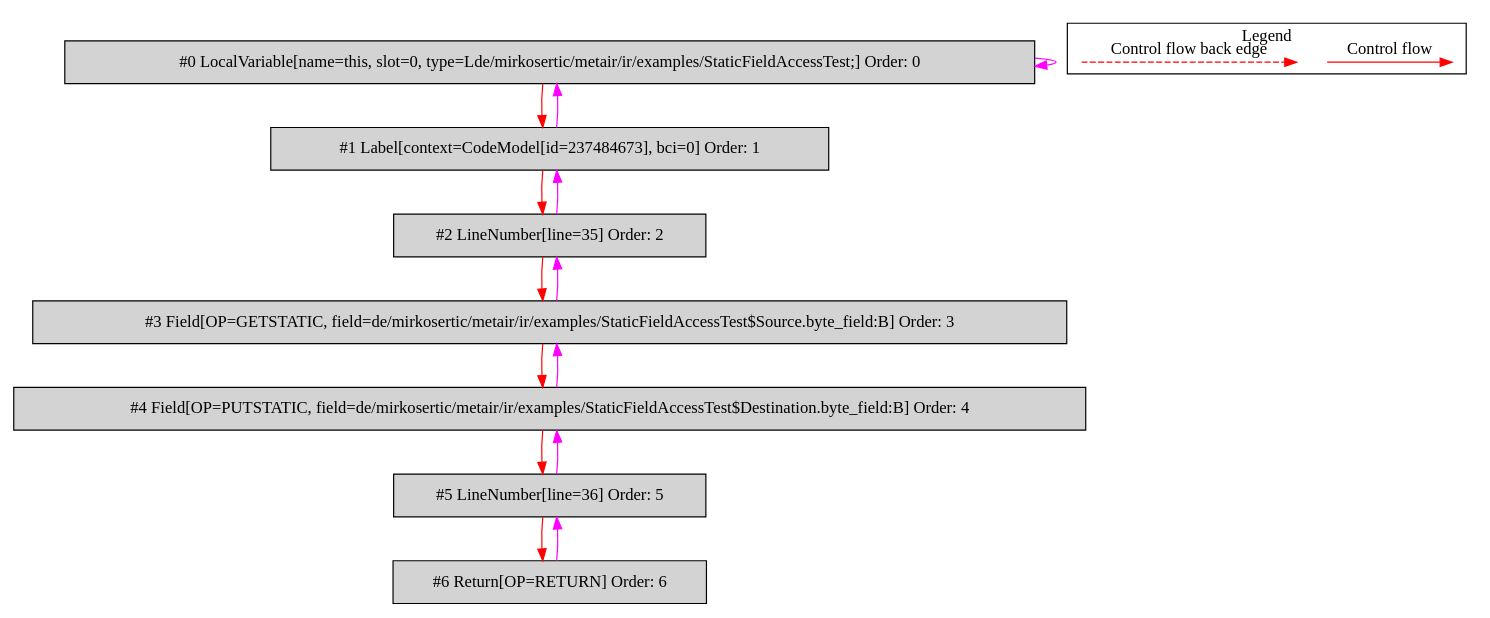
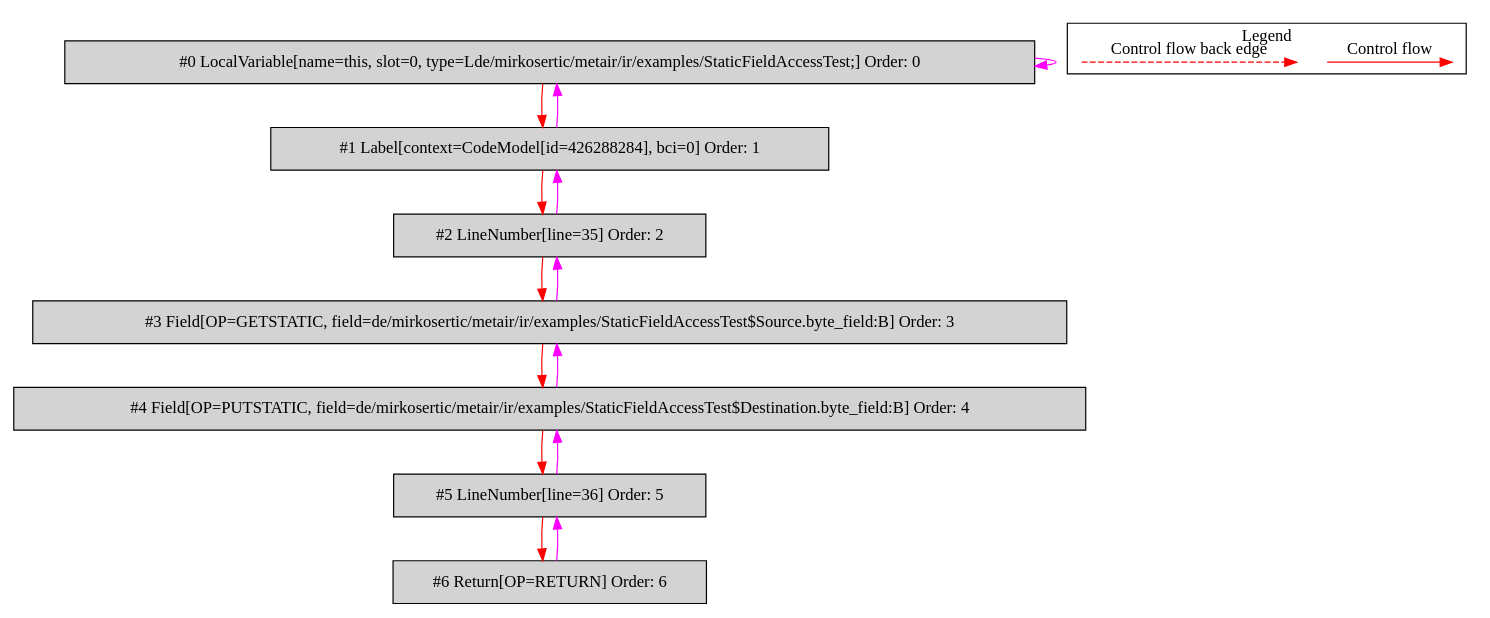
The diagram in de.mirkosertic.metair.ir.examples.StaticFieldAccessTest/copy_byte/bytecodecfg.dot (mirkosertic/MetaIR), drawn with Graphviz before and after one commit. The commit also changed 610 other files, not shown here.

```diff
--- a/de.mirkosertic.metair.ir.examples.StaticFieldAccessTest/copy_byte/bytecodecfg.dot
+++ b/de.mirkosertic.metair.ir.examples.StaticFieldAccessTest/copy_byte/bytecodecfg.dot
@@ -1,37 +1,37 @@
 digraph {
  ordering="in";
  node0[label="#0 LocalVariable[name=this, slot=0, type=Lde/mirkosertic/metair/ir/examples/StaticFieldAccessTest;] Order: 0", shape=box, fillcolor=lightgrey, style=filled];
- node1[label="#1 Label[context=CodeModel[id=237484673], bci=0] Order: 1", shape=box, fillcolor=lightgrey, style=filled];
+ node1[label="#1 Label[context=CodeModel[id=426288284], bci=0] Order: 1", shape=box, fillcolor=lightgrey, style=filled];
  node2[label="#2 LineNumber[line=35] Order: 2", shape=box, fillcolor=lightgrey, style=filled];
  node3[label="#3 Field[OP=GETSTATIC, field=de/mirkosertic/metair/ir/examples/StaticFieldAccessTest$Source.byte_field:B] Order: 3", shape=box, fillcolor=lightgrey, style=filled];
  node4[label="#4 Field[OP=PUTSTATIC, field=de/mirkosertic/metair/ir/examples/StaticFieldAccessTest$Destination.byte_field:B] Order: 4", shape=box, fillcolor=lightgrey, style=filled];
  node5[label="#5 LineNumber[line=36] Order: 5", shape=box, fillcolor=lightgrey, style=filled];
  node6[label="#6 Return[OP=RETURN] Order: 6", shape=box, fillcolor=lightgrey, style=filled];
  node0 -> node0[color=fuchsia];
  node0 -> node1[color=red];
  node1 -> node0[color=fuchsia];
  node1 -> node2[color=red];
  node2 -> node1[color=fuchsia];
  node2 -> node3[color=red];
  node3 -> node2[color=fuchsia];
  node3 -> node4[color=red];
  node4 -> node3[color=fuchsia];
  node4 -> node5[color=red];
  node5 -> node4[color=fuchsia];
  node5 -> node6[color=red];
  node6 -> node5[color=fuchsia];
  subgraph cluster_000 {
   label = "Legend";
   node [shape=point]
   {
    rank=same;
    c0 [style = invis];
    c1 [style = invis];
    c2 [style = invis];
    c3 [style = invis];
   }
   c0 -> c1 [label="Control flow", style=solid, color=red]
   c2 -> c3 [label="Control flow back edge", style=dashed, color=red]
  }
 
 }
```
